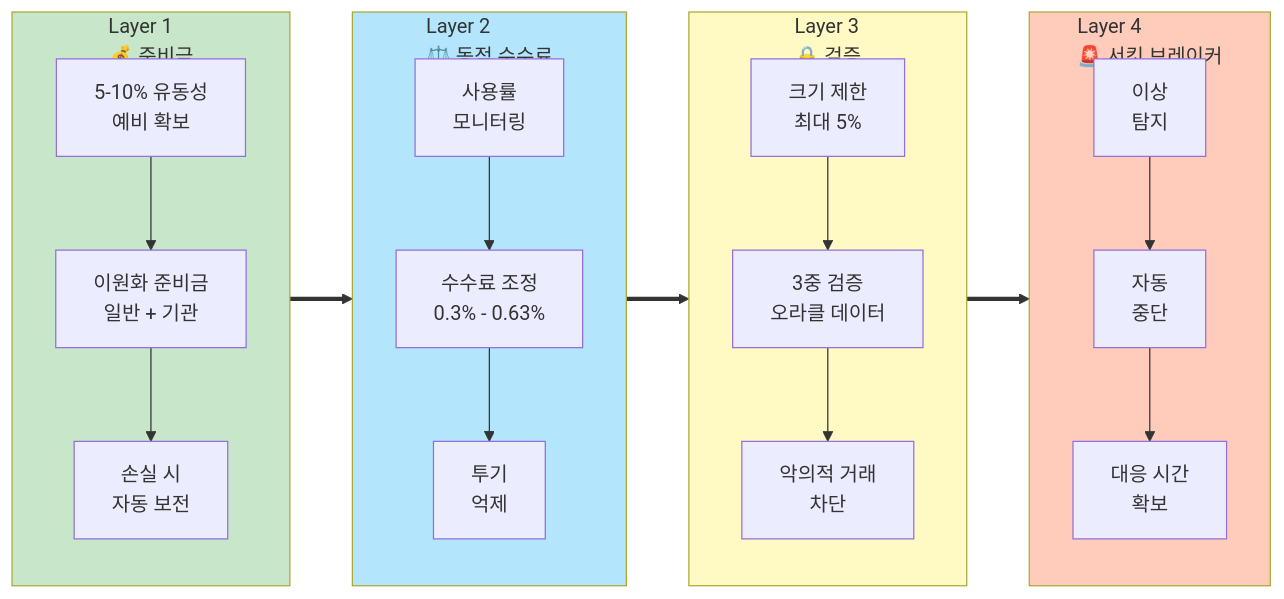
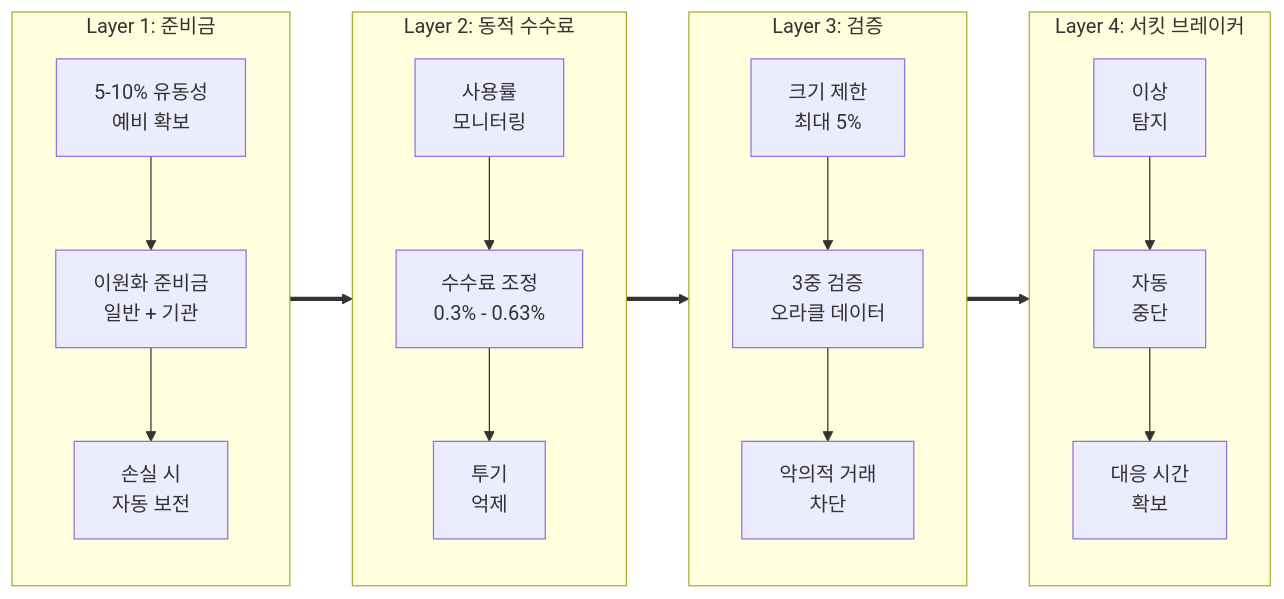
Before and after one commit to fbtopg/gurufin-docs: the third of 3 diagrams in gurudex/06_risk_mitigation_kr.md, drawn with Mermaid. The commit also changed other lines of this file and 18 other files, not shown here.

````diff
--- a/gurudex/06_risk_mitigation_kr.md
+++ b/gurudex/06_risk_mitigation_kr.md
@@ -381,41 +359,36 @@
 ```mermaid
 flowchart LR
-    subgraph L1["Layer 1<br/>💰 준비금"]
+    subgraph L1["Layer 1: 준비금"]
         direction TB
         R1[5-10% 유동성<br/>예비 확보]
         R2[이원화 준비금<br/>일반 + 기관]
         R3[손실 시<br/>자동 보전]
         R1 --> R2 --> R3
     end
     
-    subgraph L2["Layer 2<br/>⚖️ 동적 수수료"]
+    subgraph L2["Layer 2: 동적 수수료"]
         direction TB
         F1[사용률<br/>모니터링]
         F2[수수료 조정<br/>0.3% - 0.63%]
         F3[투기<br/>억제]
         F1 --> F2 --> F3
     end
     
-    subgraph L3["Layer 3<br/>🔒 검증"]
+    subgraph L3["Layer 3: 검증"]
         direction TB
         V1[크기 제한<br/>최대 5%]
         V2[3중 검증<br/>오라클 데이터]
         V3[악의적 거래<br/>차단]
         V1 --> V2 --> V3
     end
     
-    subgraph L4["Layer 4<br/>🚨 서킷 브레이커"]
+    subgraph L4["Layer 4: 서킷 브레이커"]
         direction TB
         C1[이상<br/>탐지]
         C2[자동<br/>중단]
         C3[대응 시간<br/>확보]
         C1 --> C2 --> C3
     end
     
     L1 ==> L2 ==> L3 ==> L4
-    
-    style L1 fill:#c8e6c9
-    style L2 fill:#b3e5fc
-    style L3 fill:#fff9c4
-    style L4 fill:#ffccbc
 ```
````
